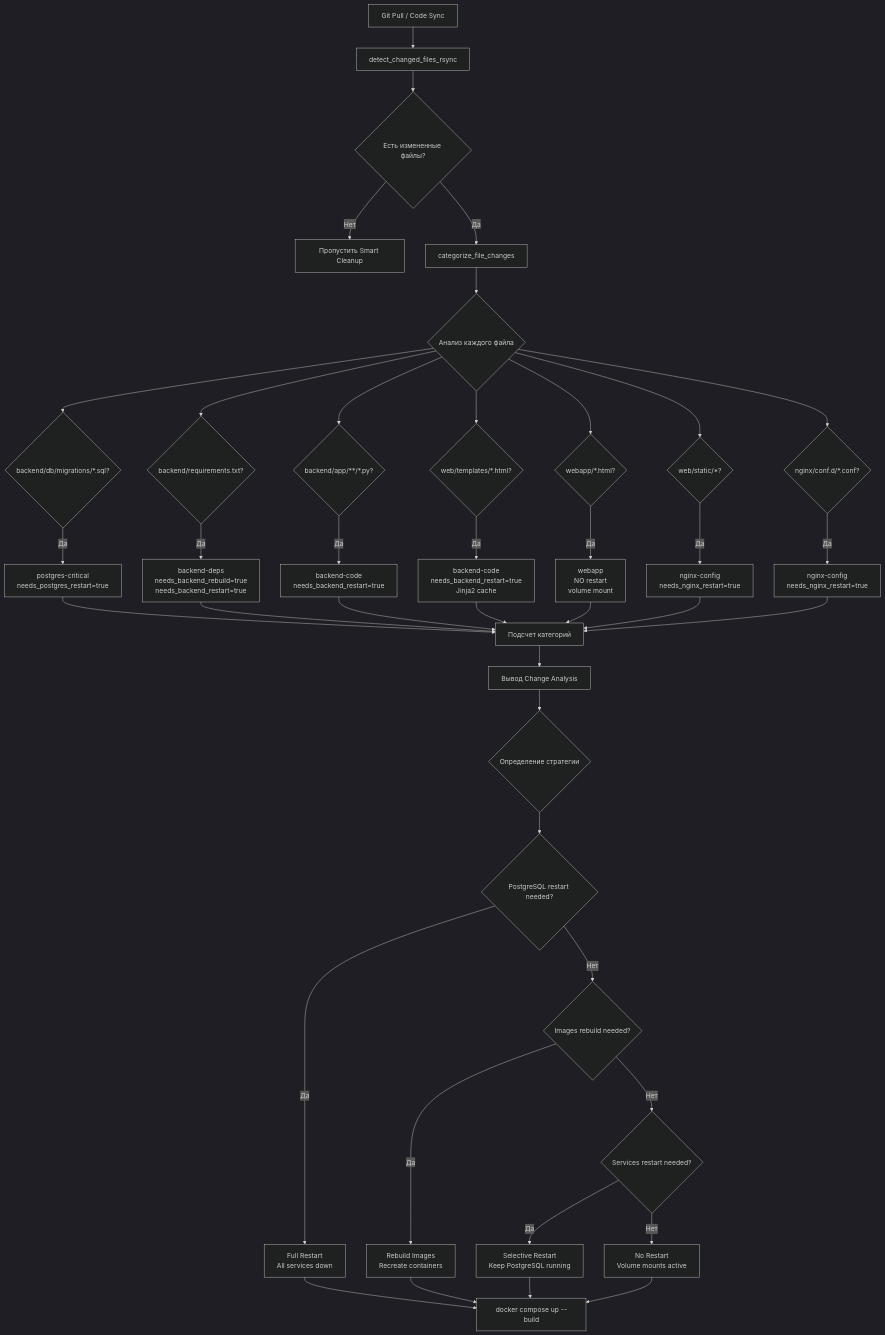
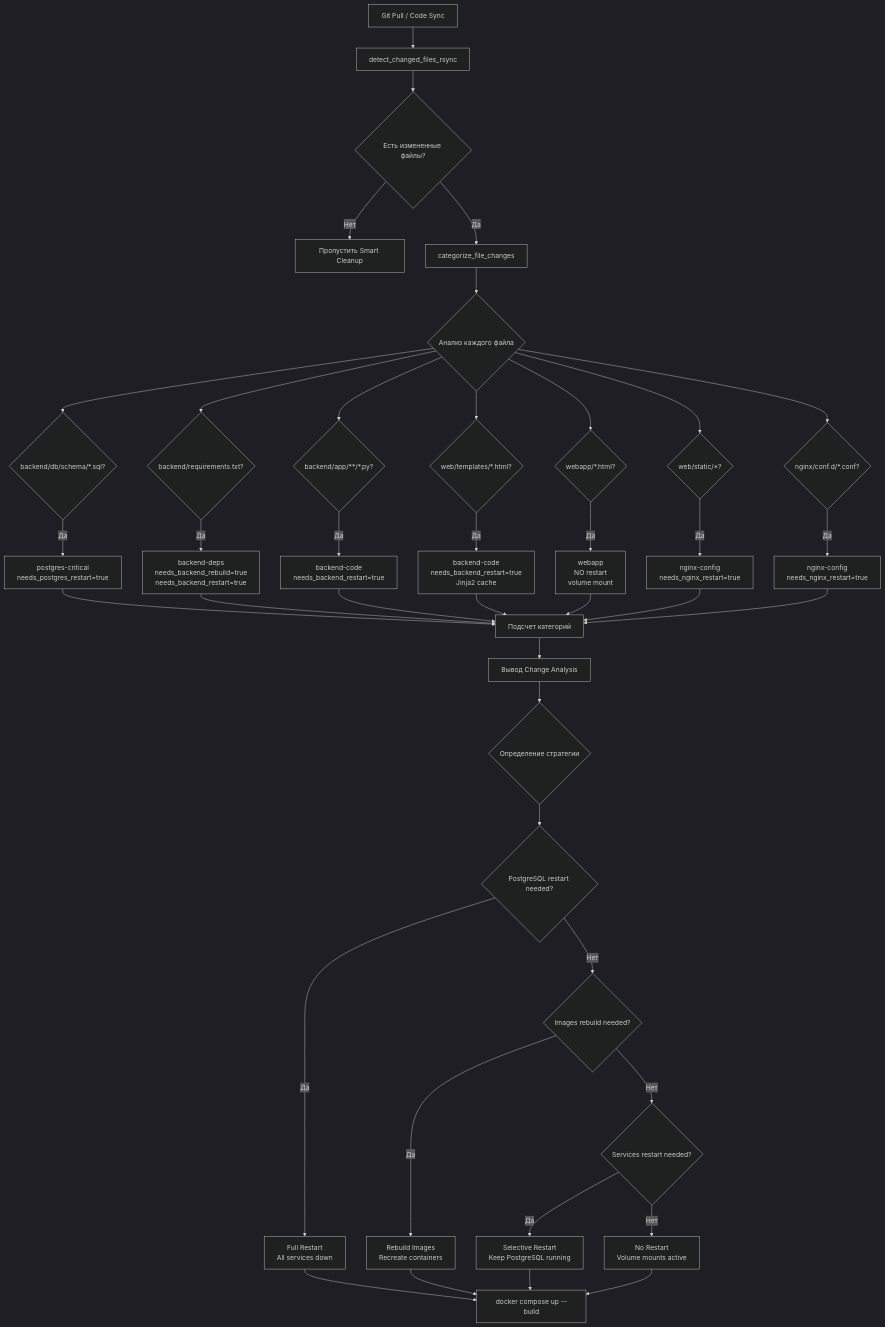
One commit to ikeniborn/familyBudget changed the fourth of 4 diagrams in docs/prd/03-system-architecture.md. Above: the diagram before and after it, drawn with Mermaid (dark theme). The commit also changed other lines of this file and 4 other files, not shown here.

First line of the commit message:
docs(prd): обновить документацию для новой структуры backend/db/schema

````diff
--- a/docs/prd/03-system-architecture.md
+++ b/docs/prd/03-system-architecture.md
@@ -709,46 +709,46 @@
 ```mermaid
 flowchart TD
     A[Git Pull / Code Sync] --> B[detect_changed_files_rsync]
     B --> C{Есть измененные файлы?}
     C -->|Нет| D[Пропустить Smart Cleanup]
     C -->|Да| E[categorize_file_changes]
 
     E --> F{Анализ каждого файла}
 
-    F --> G{backend/db/migrations/*.sql?}
+    F --> G{backend/db/schema/*.sql?}
     G -->|Да| H[postgres-critical<br/>needs_postgres_restart=true]
 
     F --> I{backend/requirements.txt?}
     I -->|Да| J[backend-deps<br/>needs_backend_rebuild=true<br/>needs_backend_restart=true]
 
     F --> K{backend/app/**/*.py?}
     K -->|Да| L[backend-code<br/>needs_backend_restart=true]
 
     F --> M{web/templates/*.html?}
     M -->|Да| N[backend-code<br/>needs_backend_restart=true<br/>Jinja2 cache]
 
     F --> O{webapp/*.html?}
     O -->|Да| P[webapp<br/>NO restart<br/>volume mount]
 
     F --> Q{web/static/*?}
     Q -->|Да| R[nginx-config<br/>needs_nginx_restart=true]
 
     F --> S{nginx/conf.d/*.conf?}
     S -->|Да| T[nginx-config<br/>needs_nginx_restart=true]
 
     H & J & L & N & P & R & T --> U[Подсчет категорий]
     U --> V[Вывод Change Analysis]
     V --> W{Определение стратегии}
 
     W --> X{PostgreSQL restart needed?}
     X -->|Да| Y[Full Restart<br/>All services down]
     X -->|Нет| Z{Images rebuild needed?}
 
     Z -->|Да| AA[Rebuild Images<br/>Recreate containers]
     Z -->|Нет| AB{Services restart needed?}
 
     AB -->|Да| AC[Selective Restart<br/>Keep PostgreSQL running]
     AB -->|Нет| AD[No Restart<br/>Volume mounts active]
 
     Y & AA & AC & AD --> AE[docker compose up --build]
 ```
````
